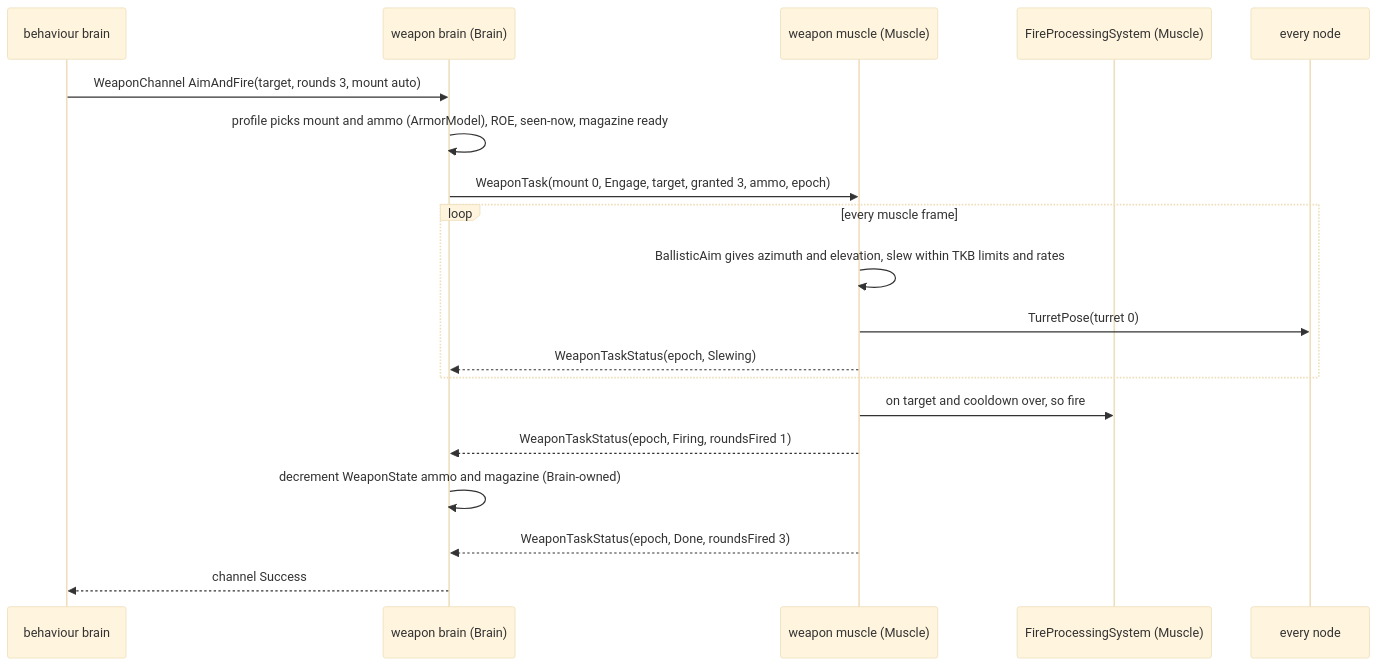
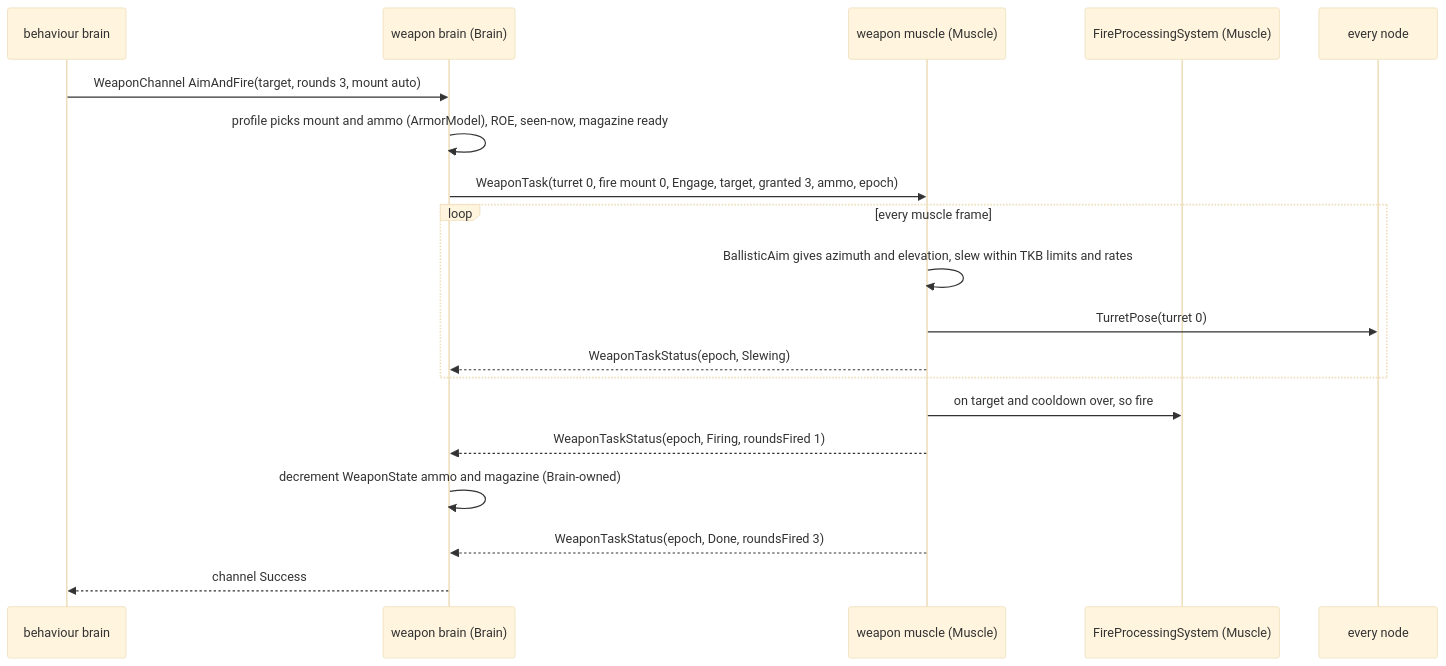
Before and after one commit to pjanec/HROT: the third of 9 diagrams in docs/DESIGN_Weapon_Layers.md, drawn with Mermaid (base theme). The commit also changed other lines of this file and 2 other files, not shown here.

First line of the commit message:
docs(CE-1049): W-11 approved — the weapon task lives on the turret part (R-267); M23 part-id rationale per the user

````diff
--- a/docs/DESIGN_Weapon_Layers.md
+++ b/docs/DESIGN_Weapon_Layers.md
@@ -135,21 +135,21 @@
 ```mermaid
 sequenceDiagram
   participant B as behaviour brain
   participant W as weapon brain (Brain)
   participant M as weapon muscle (Muscle)
   participant F as FireProcessingSystem (Muscle)
   participant A as every node
   B->>W: WeaponChannel AimAndFire(target, rounds 3, mount auto)
   W->>W: profile picks mount and ammo (ArmorModel), ROE, seen-now, magazine ready
-  W->>M: WeaponTask(mount 0, Engage, target, granted 3, ammo, epoch)
+  W->>M: WeaponTask(turret 0, fire mount 0, Engage, target, granted 3, ammo, epoch)
   loop every muscle frame
     M->>M: BallisticAim gives azimuth and elevation, slew within TKB limits and rates
     M->>A: TurretPose(turret 0)
     M-->>W: WeaponTaskStatus(epoch, Slewing)
   end
   M->>F: on target and cooldown over, so fire
   M-->>W: WeaponTaskStatus(epoch, Firing, roundsFired 1)
   W->>W: decrement WeaponState ammo and magazine (Brain-owned)
   M-->>W: WeaponTaskStatus(epoch, Done, roundsFired 3)
   W-->>B: channel Success
 ```
````
